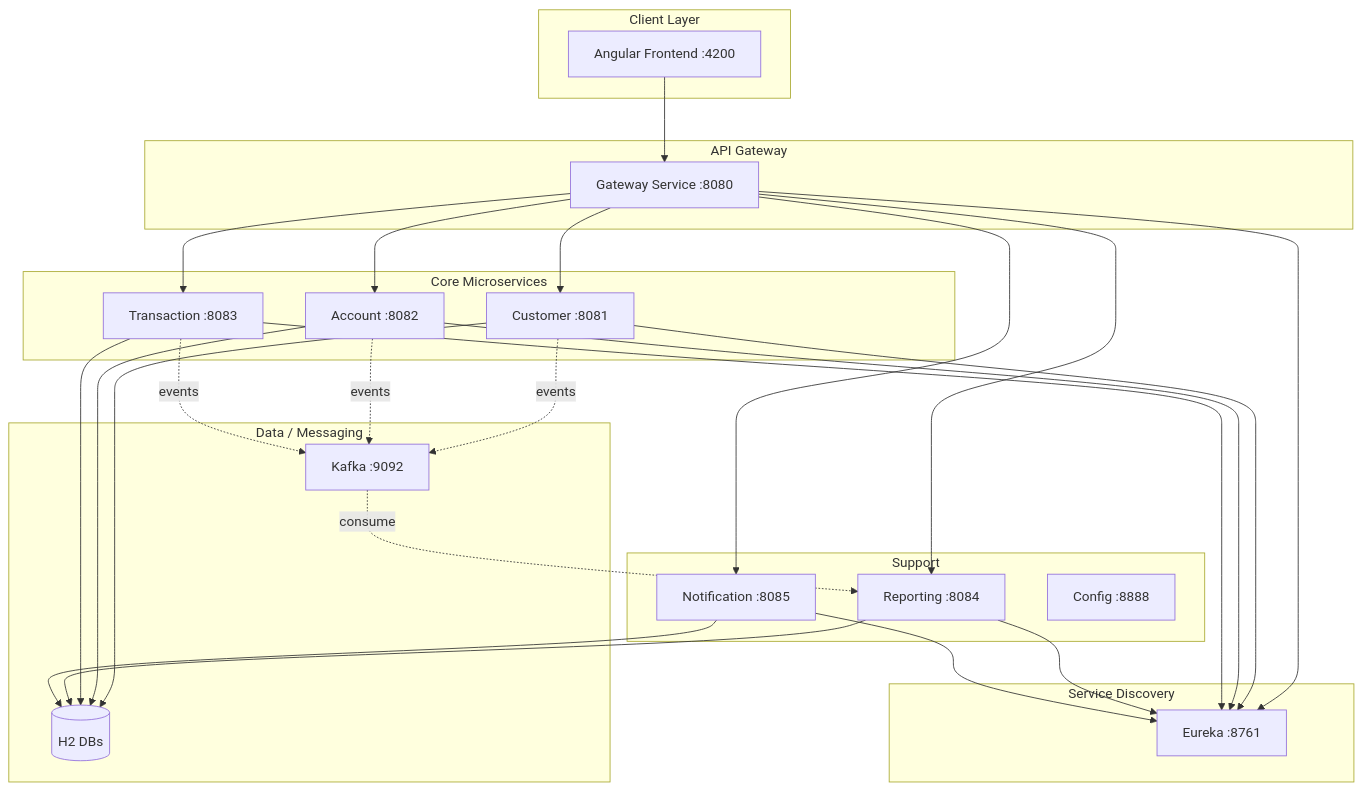
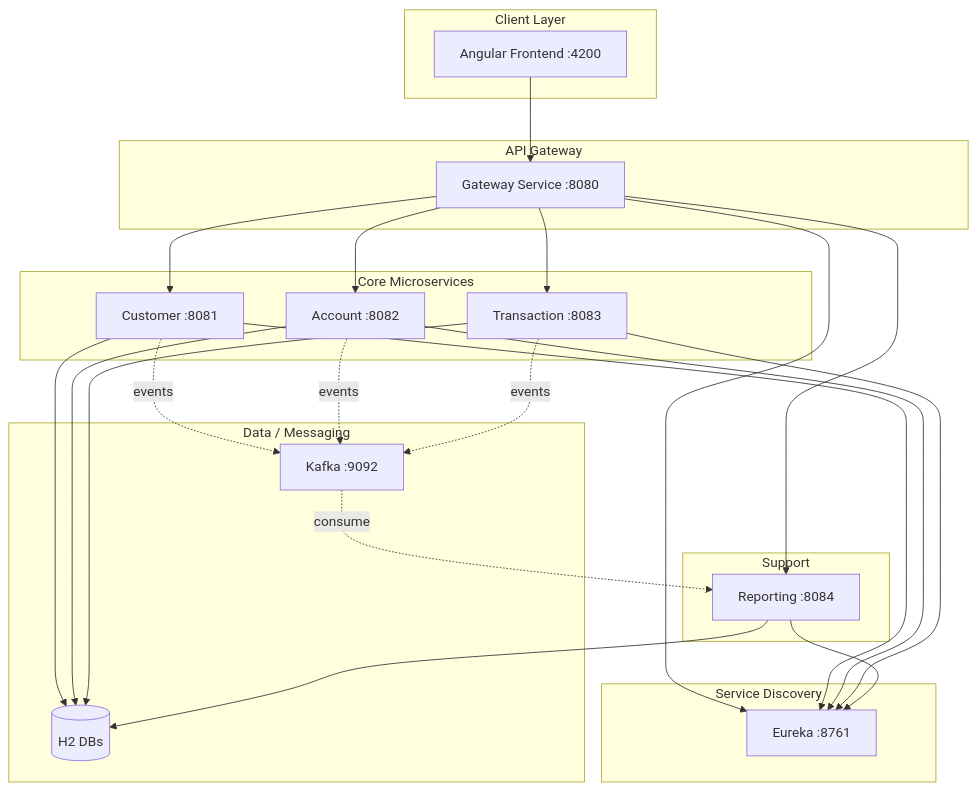
The first of 3 diagrams in README.md (Abdelkrim7Be/-Digital-Banking), drawn with Mermaid before and after one commit. The commit also changed other lines of this file and 16 other files, not shown here.

First line of the commit message:
chore: remove unused config-service and notification-service (minor)

````diff
--- a/README.md
+++ b/README.md
@@ -30,47 +30,42 @@
 ```mermaid
 flowchart TB
     subgraph Client["Client Layer"]
         FE[Angular Frontend :4200]
     end
     subgraph Gateway["API Gateway"]
         GW[Gateway Service :8080]
     end
     subgraph Discovery["Service Discovery"]
         EU[Eureka :8761]
     end
     subgraph Core["Core Microservices"]
         CS[Customer :8081]
         AS[Account :8082]
         TS[Transaction :8083]
     end
     subgraph Support["Support"]
         RS[Reporting :8084]
-        NS[Notification :8085]
-        CFG[Config :8888]
     end
     subgraph Data["Data / Messaging"]
         H2[(H2 DBs)]
         KF[Kafka :9092]
     end
     FE --> GW
     GW --> EU
     GW --> CS
     GW --> AS
     GW --> TS
     GW --> RS
-    GW --> NS
     CS --> EU
     AS --> EU
     TS --> EU
     RS --> EU
-    NS --> EU
     CS --> H2
     AS --> H2
     TS --> H2
     RS --> H2
-    NS --> H2
     CS -.->|events| KF
     AS -.->|events| KF
     TS -.->|events| KF
     KF -.->|consume| RS
 ```
````
